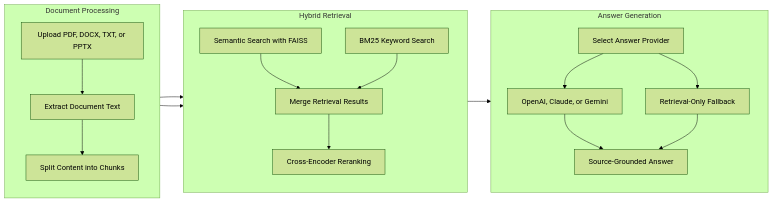
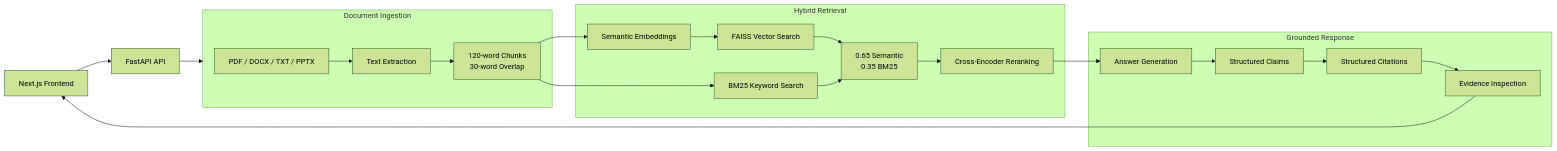
Before and after one commit to Azoqoz/Hybrid-RAG-Document-Assistant: the diagram in README.md, drawn with Mermaid (forest theme). The commit also changed other lines of this file, not shown here.

````diff
--- a/README.md
+++ b/README.md
@@ -74,40 +135,44 @@
 ```mermaid
 flowchart LR
-    subgraph INGEST["Document Processing"]
-        direction TB
-        A1[Upload PDF, DOCX, TXT, or PPTX]
-        A2[Extract Document Text]
-        A3[Split Content into Chunks]
+    UI["Next.js Frontend"]
 
+    API["FastAPI API"]
+
+    subgraph INGEST["Document Ingestion"]
+        A1["PDF / DOCX / TXT / PPTX"]
+        A2["Text Extraction"]
+        A3["120-word Chunks<br/>30-word Overlap"]
         A1 --> A2 --> A3
     end
 
-    subgraph RETRIEVE["Hybrid Retrieval"]
-        direction TB
-        B1[Semantic Search with FAISS]
-        B2[BM25 Keyword Search]
-        B3[Merge Retrieval Results]
-        B4[Cross-Encoder Reranking]
+    subgraph SEARCH["Hybrid Retrieval"]
+        B1["Semantic Embeddings"]
+        B2["FAISS Vector Search"]
+        B3["BM25 Keyword Search"]
+        B4["0.65 Semantic<br/>0.35 BM25"]
+        B5["Cross-Encoder Reranking"]
 
-        B1 --> B3
-        B2 --> B3
+        B1 --> B2
+        B2 --> B4
         B3 --> B4
+        B4 --> B5
     end
 
-    subgraph ANSWER["Answer Generation"]
-        direction TB
-        C1[Select Answer Provider]
-        C2[OpenAI, Claude, or Gemini]
-        C3[Retrieval-Only Fallback]
-        C4[Source-Grounded Answer]
+    subgraph ANSWER["Grounded Response"]
+        C1["Answer Generation"]
+        C2["Structured Claims"]
+        C3["Structured Citations"]
+        C4["Evidence Inspection"]
 
         C1 --> C2
-        C1 --> C3
-        C2 --> C4
+        C2 --> C3
         C3 --> C4
     end
 
+    UI --> API
+    API --> INGEST
     A3 --> B1
-    A3 --> B2
-    B4 --> C1
+    A3 --> B3
+    B5 --> C1
+    C4 --> UI
 ```
````
